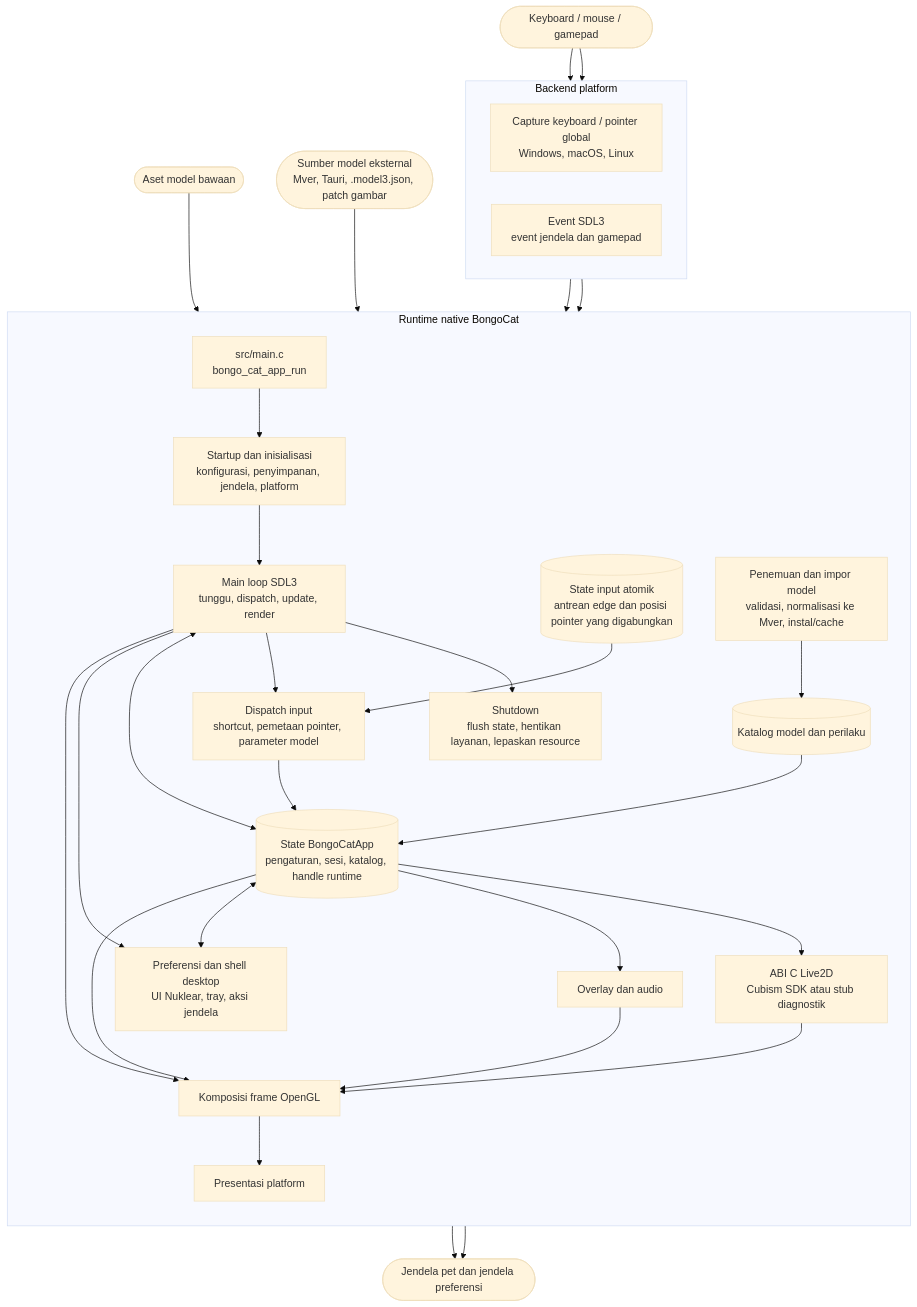
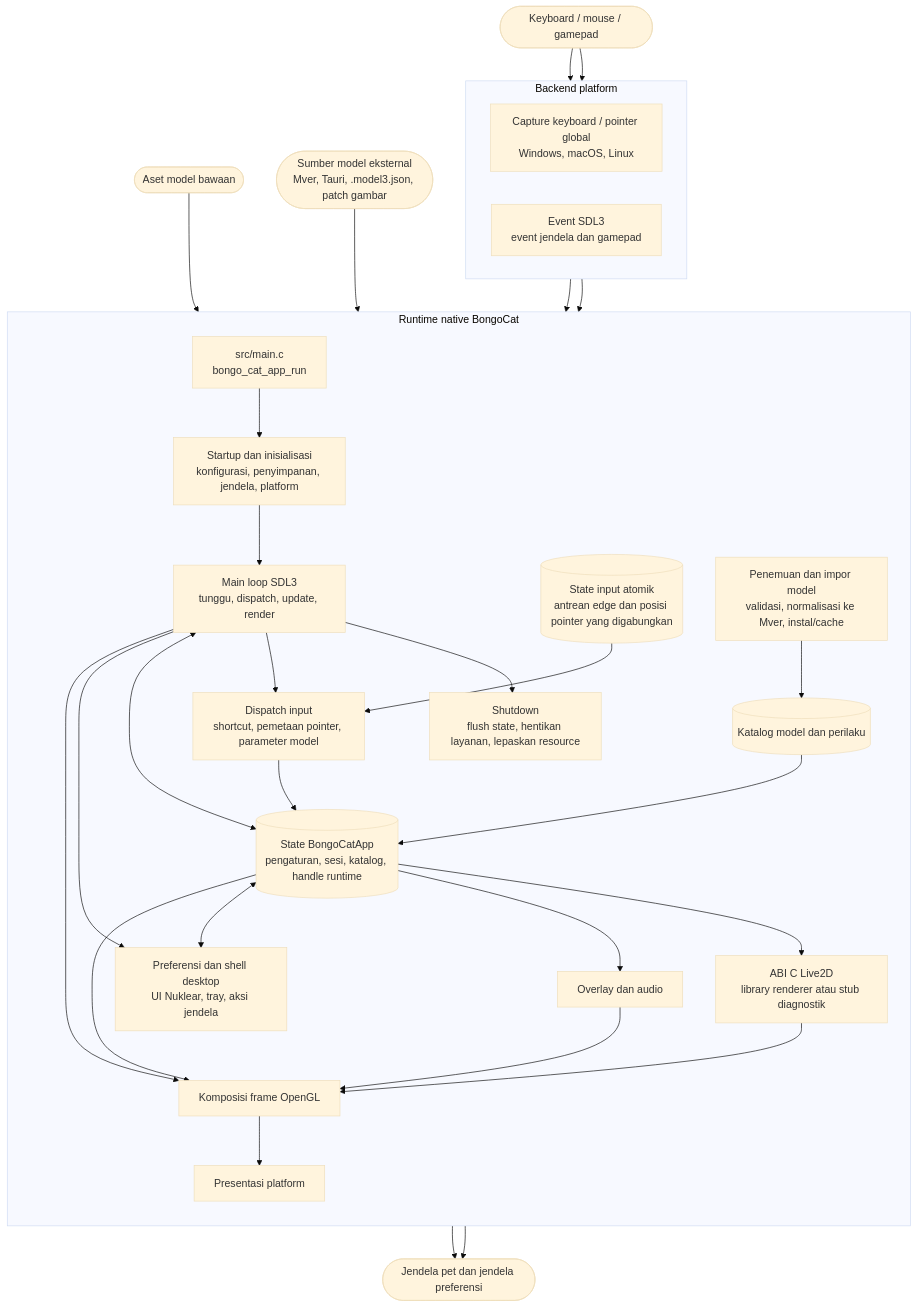
Before and after one commit to TianMengLucky/BongoCat-X: the diagram in docs/README.id-ID.md, drawn with Mermaid (base theme). The commit also changed other lines of this file and 62 other files, not shown here.

Commit message:
feat. Live2D SDK but Plugin mode

````diff
--- a/docs/README.id-ID.md
+++ b/docs/README.id-ID.md
@@ -307,53 +319,53 @@
 ```mermaid
 flowchart TB
   Input(["Keyboard / mouse / gamepad"])
   BuiltIn(["Aset model bawaan"])
   Sources(["Sumber model eksternal<br/>Mver, Tauri, .model3.json, patch gambar"])
   Desktop(["Jendela pet dan jendela preferensi"])
 
   subgraph Runtime["Runtime native BongoCat"]
     direction TB
     Entry["src/main.c<br/>bongo_cat_app_run"]
     Startup["Startup dan inisialisasi<br/>konfigurasi, penyimpanan, jendela, platform"]
     Loop["Main loop SDL3<br/>tunggu, dispatch, update, render"]
     Shutdown["Shutdown<br/>flush state, hentikan layanan, lepaskan resource"]
     InputQueue[("State input atomik<br/>antrean edge dan posisi pointer yang digabungkan")]
     InputDispatch["Dispatch input<br/>shortcut, pemetaan pointer, parameter model"]
     State[("State BongoCatApp<br/>pengaturan, sesi, katalog, handle runtime")]
     Import["Penemuan dan impor model<br/>validasi, normalisasi ke Mver, instal/cache"]
     Catalog[("Katalog model dan perilaku")]
-    Live2D["ABI C Live2D<br/>Cubism SDK atau stub diagnostik"]
+    Live2D["ABI C Live2D<br/>library renderer atau stub diagnostik"]
     Overlay["Overlay dan audio"]
     Preferences["Preferensi dan shell desktop<br/>UI Nuklear, tray, aksi jendela"]
     Compose["Komposisi frame OpenGL"]
     Present["Presentasi platform"]
 
     Entry --> Startup --> Loop
     Loop --> Shutdown
     Loop --> InputDispatch --> State
     Loop <--> State
     State --> Live2D
     State --> Overlay
     State <--> Preferences
     Loop --> Preferences
     Catalog --> State
     State --> Compose
     Live2D --> Compose
     Overlay --> Compose
     Compose --> Present
     Loop --> Compose
   end
 
   subgraph Platform["Backend platform"]
     direction LR
     Global["Capture keyboard / pointer global<br/>Windows, macOS, Linux"]
     SDL["Event SDL3<br/>event jendela dan gamepad"]
   end
 
   Input --> Global --> InputQueue --> InputDispatch
   Input --> SDL --> Loop
   BuiltIn --> Catalog
   Sources --> Import --> Catalog
   Present --> Desktop
   Preferences --> Desktop
 ```
````
